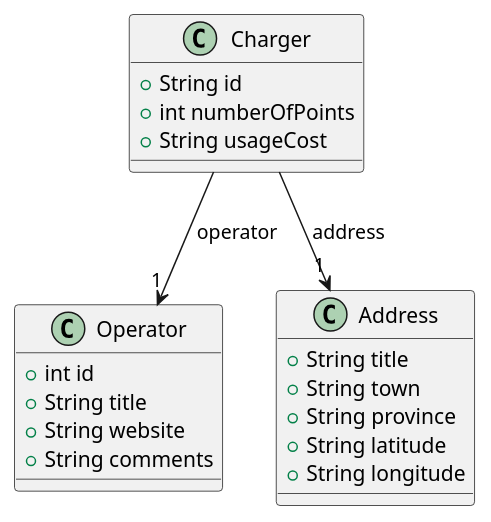
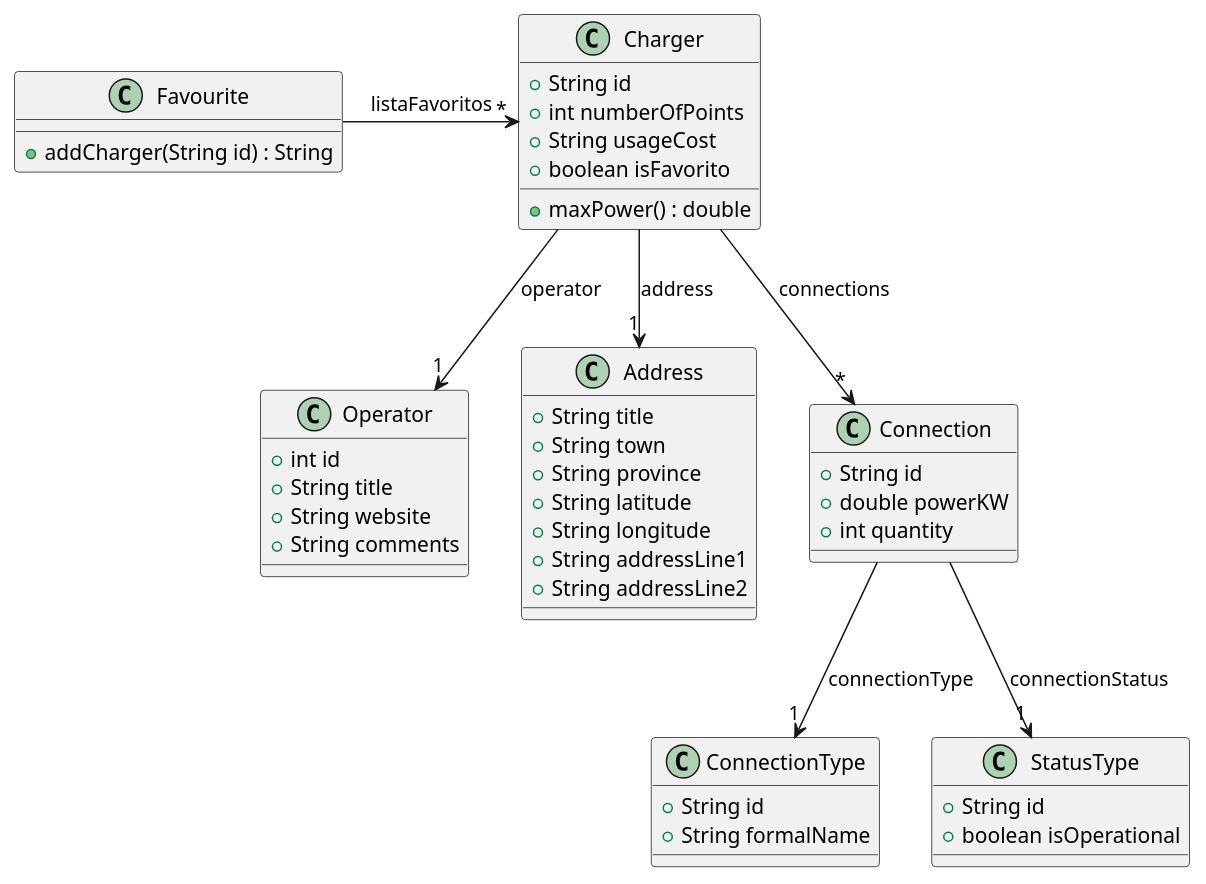
One commit to isunican/App-CarChargers-Grupo2 changed the diagram in Docs/Models/dominio.puml. Above: the diagram before and after it, drawn with PlantUML.

```diff
--- a/Docs/Models/dominio.puml
+++ b/Docs/Models/dominio.puml
@@ -1,27 +1,57 @@
 @startuml dominio
 
 class Charger {
     + String id
     + int numberOfPoints
     + String usageCost
+    + boolean isFavorito
+    + maxPower() : double
 }
 
 class Operator {
     + int id
     + String title
     + String website
     + String comments
 }
 
 class Address {
     + String title
     + String town
     + String province
     + String latitude
     + String longitude
+    + String addressLine1
+    + String addressLine2
+}
+
+class Favourite {
+    + addCharger(String id) : String
+}
+
+class Connection {
+    + String id
+    + double powerKW
+    + int quantity
+}
+
+class ConnectionType {
+    + String id
+    + String formalName
+}
+
+class StatusType {
+    + String id
+    + boolean isOperational
 }
 
 Charger -down-> "1" Address : address
 Charger -down-> "1" Operator : operator
+Charger -down-> "*" Connection : connections
+
+Favourite -right-> "*" Charger: listaFavoritos
+
+Connection -down-> "1" ConnectionType : connectionType
+Connection -down-> "1" StatusType : connectionStatus
 
 @enduml
```
